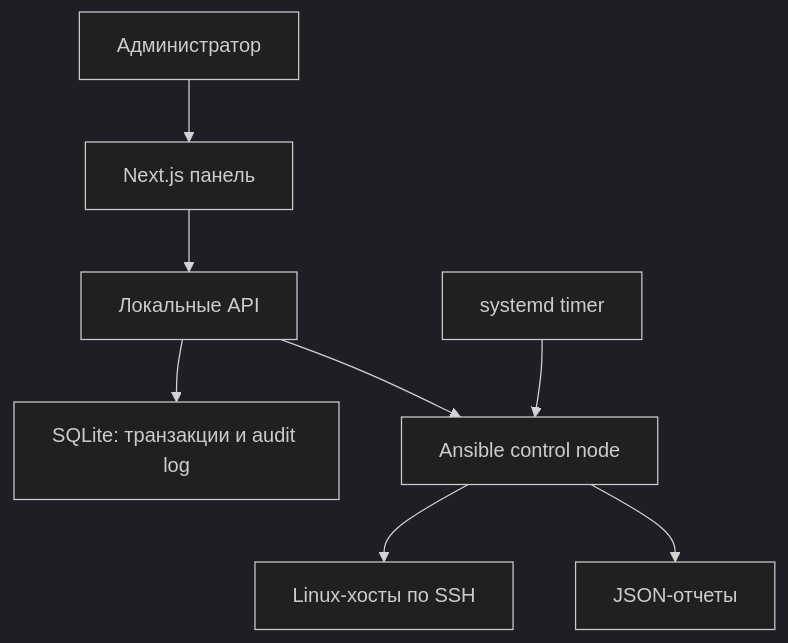
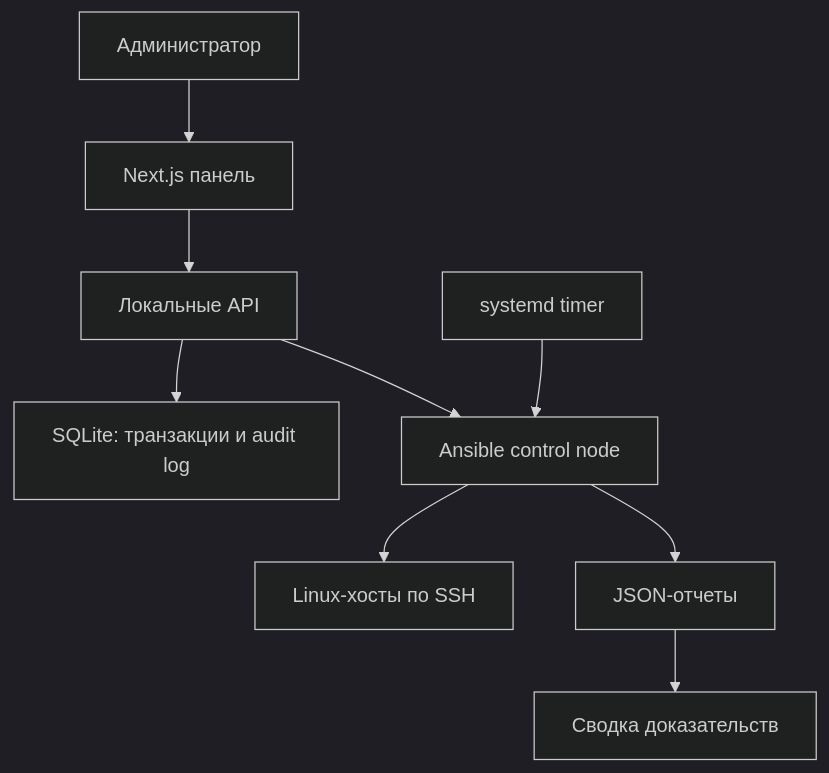
The diagram in docs/architecture.md (Danil-super/hardening-control-platform), drawn with Mermaid (dark theme) before and after one commit. The commit also changed other lines of this file and 18 other files, not shown here.

````diff
--- a/docs/architecture.md
+++ b/docs/architecture.md
@@ -3,10 +3,11 @@
 ```mermaid
 flowchart TB
   Admin["Администратор"] --> UI["Next.js панель"]
   UI --> API["Локальные API"]
   API --> DB["SQLite: транзакции и audit log"]
   API --> Ansible["Ansible control node"]
   Ansible --> Hosts["Linux-хосты по SSH"]
   Timer["systemd timer"] --> Ansible
   Ansible --> Reports["JSON-отчеты"]
+  Reports --> Correlation["Сводка доказательств"]
 ```
````
